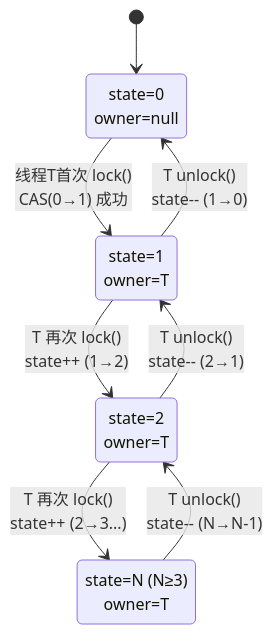
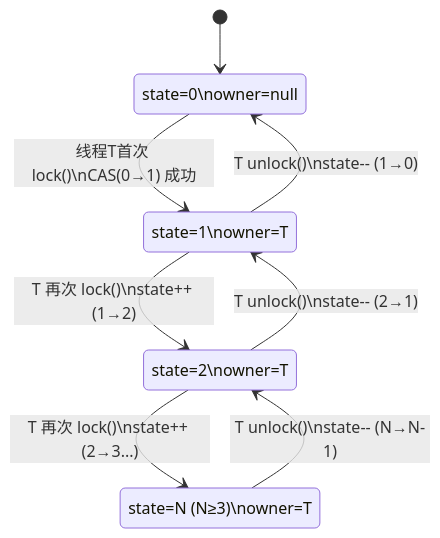
One commit to yaocat55/yaocat55.github.io changed the sixth of 9 diagrams in content/posts/concurrency/ReentrantLock.md. Above: the diagram before and after it, drawn with Mermaid. The commit also changed other lines of this file and 155 other files, not shown here.

````diff
--- a/content/posts/concurrency/ReentrantLock.md
+++ b/content/posts/concurrency/ReentrantLock.md
@@ -469,14 +495,14 @@
 ```mermaid
 stateDiagram-v2
     [*] --> Idle
-    Idle: state=0<br/>owner=null
-    Idle --> Held1: 线程T首次 lock()<br/>CAS(0→1) 成功
-    Held1: state=1<br/>owner=T
-    Held1 --> Held2: T 再次 lock()<br/>state++ (1→2)
-    Held2: state=2<br/>owner=T
-    Held2 --> Held3: T 再次 lock()<br/>state++ (2→3...)
-    Held3: state=N (N≥3)<br/>owner=T
-    Held3 --> Held2: T unlock()<br/>state-- (N→N-1)
-    Held2 --> Held1: T unlock()<br/>state-- (2→1)
-    Held1 --> Idle: T unlock()<br/>state-- (1→0)
+    Idle: state=0\nowner=null
+    Idle --> Held1: 线程T首次 lock()\nCAS(0→1) 成功
+    Held1: state=1\nowner=T
+    Held1 --> Held2: T 再次 lock()\nstate++ (1→2)
+    Held2: state=2\nowner=T
+    Held2 --> Held3: T 再次 lock()\nstate++ (2→3...)
+    Held3: state=N (N≥3)\nowner=T
+    Held3 --> Held2: T unlock()\nstate-- (N→N-1)
+    Held2 --> Held1: T unlock()\nstate-- (2→1)
+    Held1 --> Idle: T unlock()\nstate-- (1→0)
 ```
````
